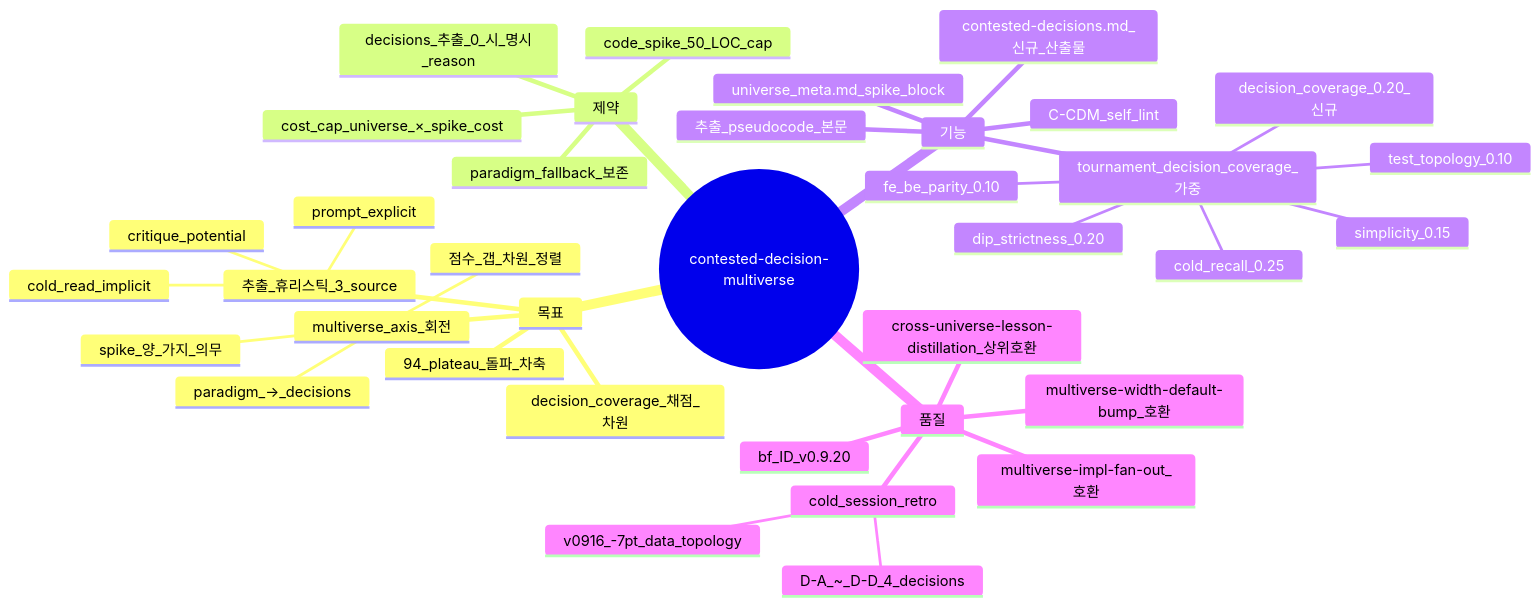
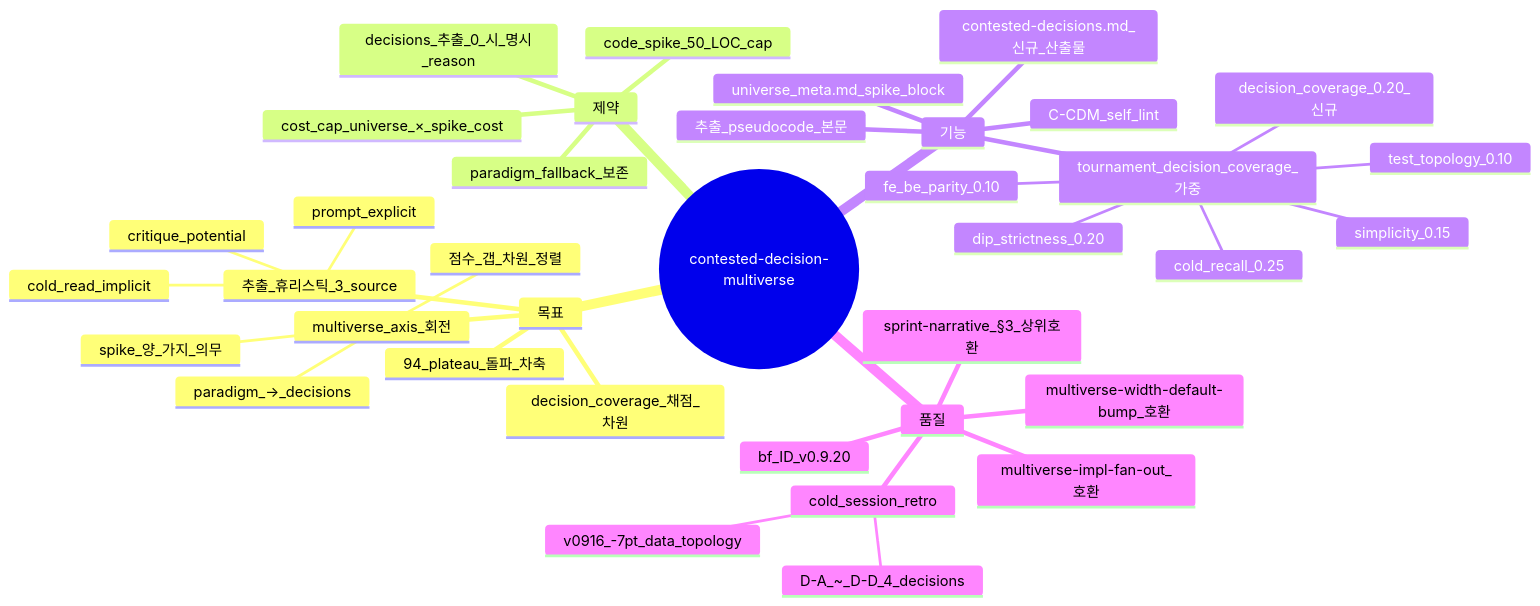
The diagram in skills/theseus-harness/conventions/contested-decision-multiverse.md (whyjp/ShipofTheseus), drawn with Mermaid before and after one commit. The commit also changed other lines of this file and 26 other files, not shown here.

First line of the commit message:
feat(sprint-37): PR-AF — sprint-narrative 3→1 통합

````diff
--- a/skills/theseus-harness/conventions/contested-decision-multiverse.md
+++ b/skills/theseus-harness/conventions/contested-decision-multiverse.md
@@ -161,40 +161,40 @@
 ```mermaid
 mindmap
   root((contested-decision-multiverse))
     목표
       multiverse_axis_회전
         paradigm_→_decisions
         점수_갭_차원_정렬
         spike_양_가지_의무
       추출_휴리스틱_3_source
         prompt_explicit
         cold_read_implicit
         critique_potential
       decision_coverage_채점_차원
       94_plateau_돌파_차축
     제약
       paradigm_fallback_보존
       decisions_추출_0_시_명시_reason
       code_spike_50_LOC_cap
       cost_cap_universe_×_spike_cost
     기능
       C-CDM_self_lint
       contested-decisions.md_신규_산출물
       universe_meta.md_spike_block
       tournament_decision_coverage_가중
         cold_recall_0.25
         dip_strictness_0.20
         simplicity_0.15
         test_topology_0.10
         fe_be_parity_0.10
         decision_coverage_0.20_신규
       추출_pseudocode_본문
     품질
       cold_session_retro
         v0916_-7pt_data_topology
         D-A_~_D-D_4_decisions
       multiverse-width-default-bump_호환
       multiverse-impl-fan-out_호환
-      cross-universe-lesson-distillation_상위호환
+      sprint-narrative_§3_상위호환
       bf_ID_v0.9.20
 ```
````
